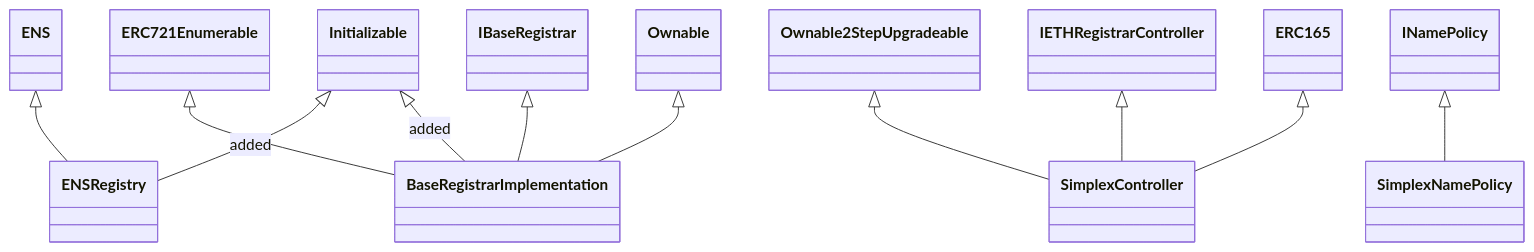
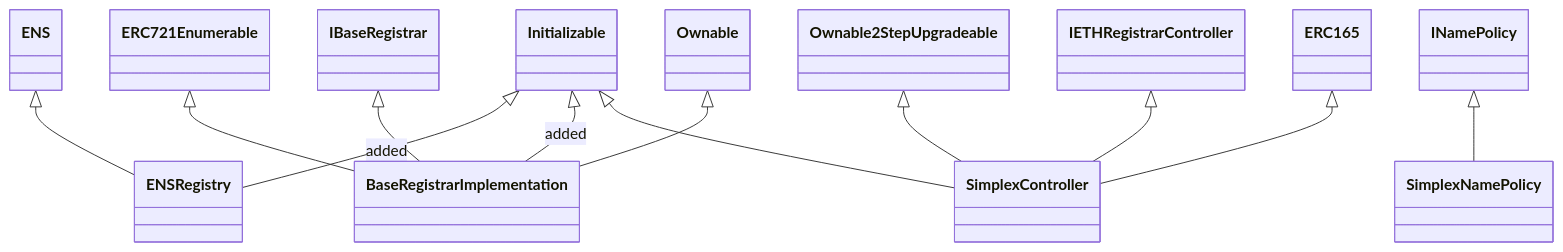
The fourth of 6 diagrams in docs/plans/upgradeable-stack.md (brenzi-agent/simplex-namespace-contract), drawn with Mermaid before and after one commit. The commit also changed other lines of this file and 3 other files, not shown here.

Commit message:
docs: plan of eight upgradeable contracts and the goal architecture

````diff
--- a/docs/plans/upgradeable-stack.md
+++ b/docs/plans/upgradeable-stack.md
@@ -219,17 +362,18 @@
 ```mermaid
 classDiagram
   class ENSRegistry
   class BaseRegistrarImplementation
   class SimplexController
   class SimplexNamePolicy
   ENS <|-- ENSRegistry
   Initializable <|-- ENSRegistry : added
   ERC721Enumerable <|-- BaseRegistrarImplementation
   IBaseRegistrar <|-- BaseRegistrarImplementation
   Ownable <|-- BaseRegistrarImplementation
   Initializable <|-- BaseRegistrarImplementation : added
+  Initializable <|-- SimplexController
   Ownable2StepUpgradeable <|-- SimplexController
   IETHRegistrarController <|-- SimplexController
   ERC165 <|-- SimplexController
   INamePolicy <|-- SimplexNamePolicy
 ```
````
